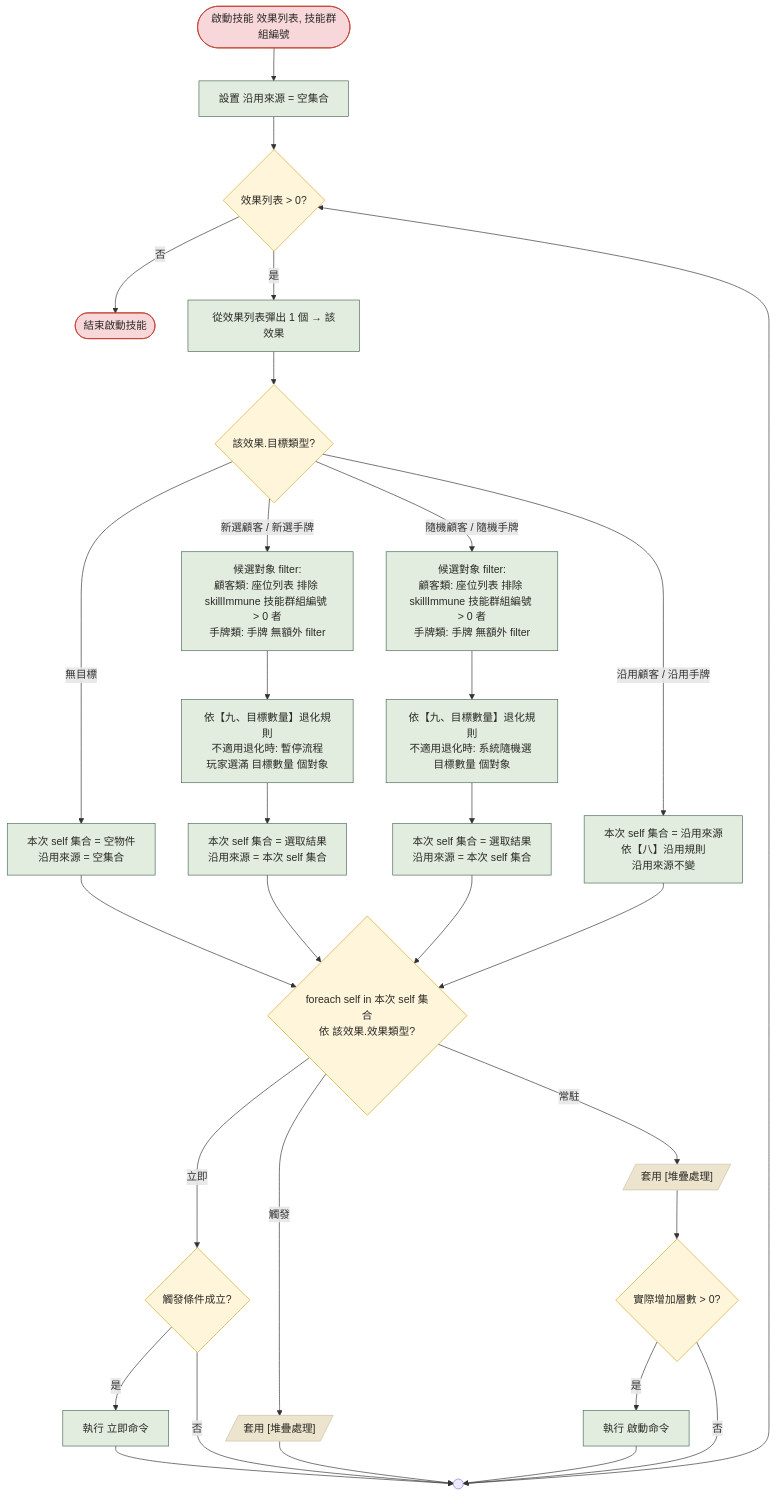
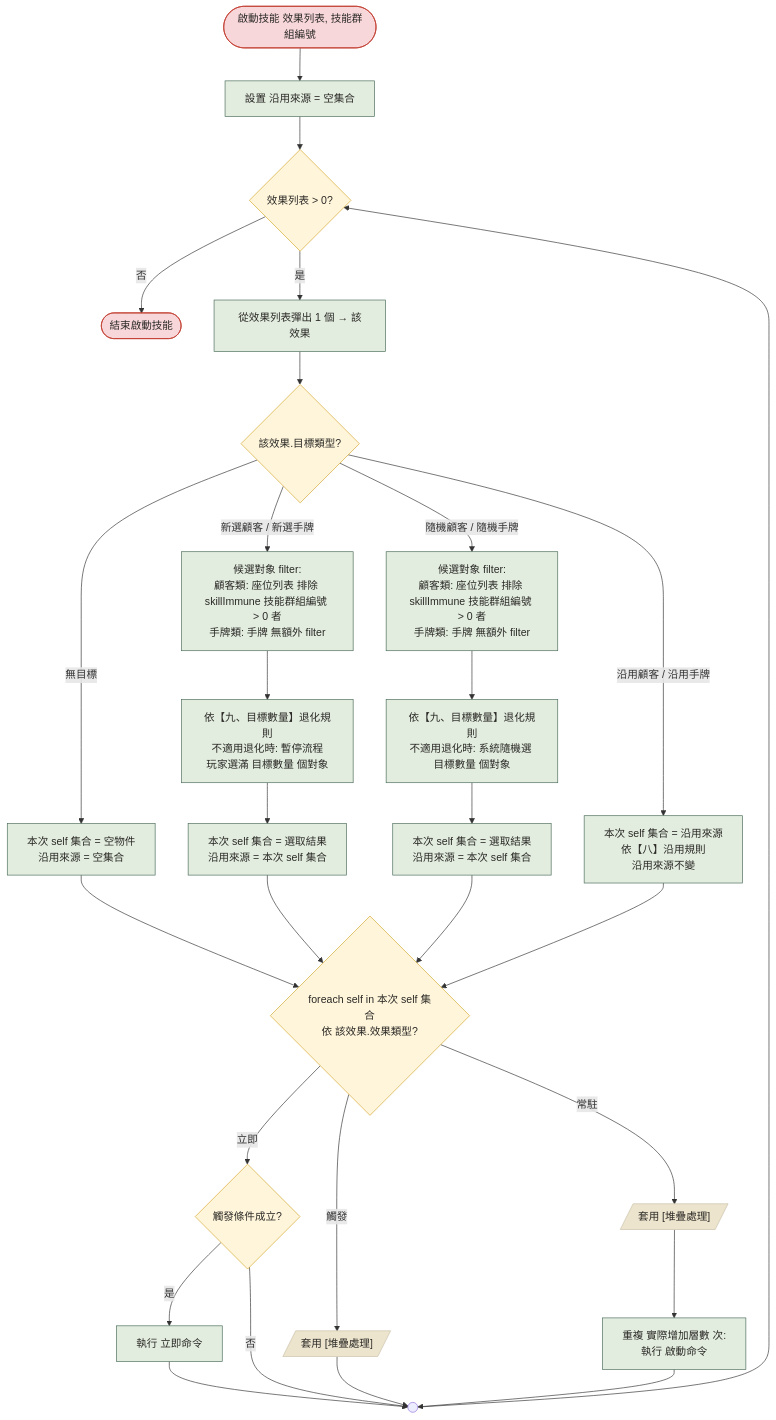
One commit to yinweli/RovingDiner changed the diagram in doc/build-html/mermaid/flow-sub-skill.mmd. Above: the diagram before and after it, drawn with Mermaid. The commit also changed 2 other files, not shown here.

Commit message:
Doc | 啟動技能常駐分支改「重複 實際增加層數 次」執行啟動命令
【二十、獨立流程｜啟動技能】常駐分支原虛擬碼為 if 實際增加層數 > 0 { 執行 啟動命令 }
（只執行一次），與【十六、堆疊規則】「常駐類型：每加一層執行一次 啟動命令」矛盾。
程式碼 dispatchEffect 已依【十六】跑 啟動命令 × 實際增加層數、為正確；此處修虛擬碼
與 flow-sub-skill.mmd 對齊正典規則（與同段 觸發命令 / 結束命令 的「重複 N 次」一致，
重複 0 次自然涵蓋原 > 0 守衛）。程式碼不動。

```diff
--- a/doc/build-html/mermaid/flow-sub-skill.mmd
+++ b/doc/build-html/mermaid/flow-sub-skill.mmd
@@ -1,48 +1,46 @@
 flowchart TD
     Start([啟動技能 效果列表, 技能群組編號]) --> A0["設置 沿用來源 = 空集合"]
     A0 --> B1{"效果列表 > 0?"}
     B1 -->|否| End([結束啟動技能])
     B1 -->|是| A1["從效果列表彈出 1 個 → 該效果"]
     A1 --> B2{"該效果.目標類型?"}
 
     B2 -->|無目標| A2["本次 self 集合 = 空物件<br/>沿用來源 = 空集合"]
 
     B2 -->|新選顧客 / 新選手牌| A4n["候選對象 filter:<br/>顧客類: 座位列表 排除 skillImmune 技能群組編號 > 0 者<br/>手牌類: 手牌 無額外 filter"]
     A4n --> A5n["依【九、目標數量】退化規則<br/>不適用退化時: 暫停流程<br/>玩家選滿 目標數量 個對象"]
     A5n --> A6n["本次 self 集合 = 選取結果<br/>沿用來源 = 本次 self 集合"]
 
     B2 -->|隨機顧客 / 隨機手牌| A4r["候選對象 filter:<br/>顧客類: 座位列表 排除 skillImmune 技能群組編號 > 0 者<br/>手牌類: 手牌 無額外 filter"]
     A4r --> A5r["依【九、目標數量】退化規則<br/>不適用退化時: 系統隨機選 目標數量 個對象"]
     A5r --> A6r["本次 self 集合 = 選取結果<br/>沿用來源 = 本次 self 集合"]
 
     B2 -->|沿用顧客 / 沿用手牌| A7["本次 self 集合 = 沿用來源<br/>依【八】沿用規則<br/>沿用來源不變"]
 
     A2 --> B3{"foreach self in 本次 self 集合<br/>依 該效果.效果類型?"}
     A6n --> B3
     A6r --> B3
     A7 --> B3
 
     B3 -->|立即| B4{"觸發條件成立?"}
     B4 -->|是| A8["執行 立即命令"]
     A8 --> R1(( ))
     B4 -->|否| R1
 
     B3 -->|觸發| C1[/"套用 [堆疊處理]"/]
     C1 --> R1
 
     B3 -->|常駐| C2[/"套用 [堆疊處理]"/]
-    C2 --> B5{"實際增加層數 > 0?"}
-    B5 -->|是| A9["執行 啟動命令"]
+    C2 --> A9["重複 實際增加層數 次:<br/>執行 啟動命令"]
     A9 --> R1
-    B5 -->|否| R1
 
     R1 --> B1
 
     class Start,End terminal
     class A0,A1,A2,A4n,A4r,A5n,A5r,A6n,A6r,A7,A8,A9 action
-    class B1,B2,B3,B4,B5 decision
+    class B1,B2,B3,B4 decision
     class C1,C2 cleanup
     classDef action fill:#e2ecdf,stroke:#4a6c5a,color:#2b2a26
     classDef cleanup fill:#ede4ce,stroke:#c9c0a8,color:#2b2a26
     classDef decision fill:#fff5db,stroke:#d4a72c,color:#2b2a26
     classDef terminal fill:#f8d7da,stroke:#c0392b,color:#2b2a26
```
